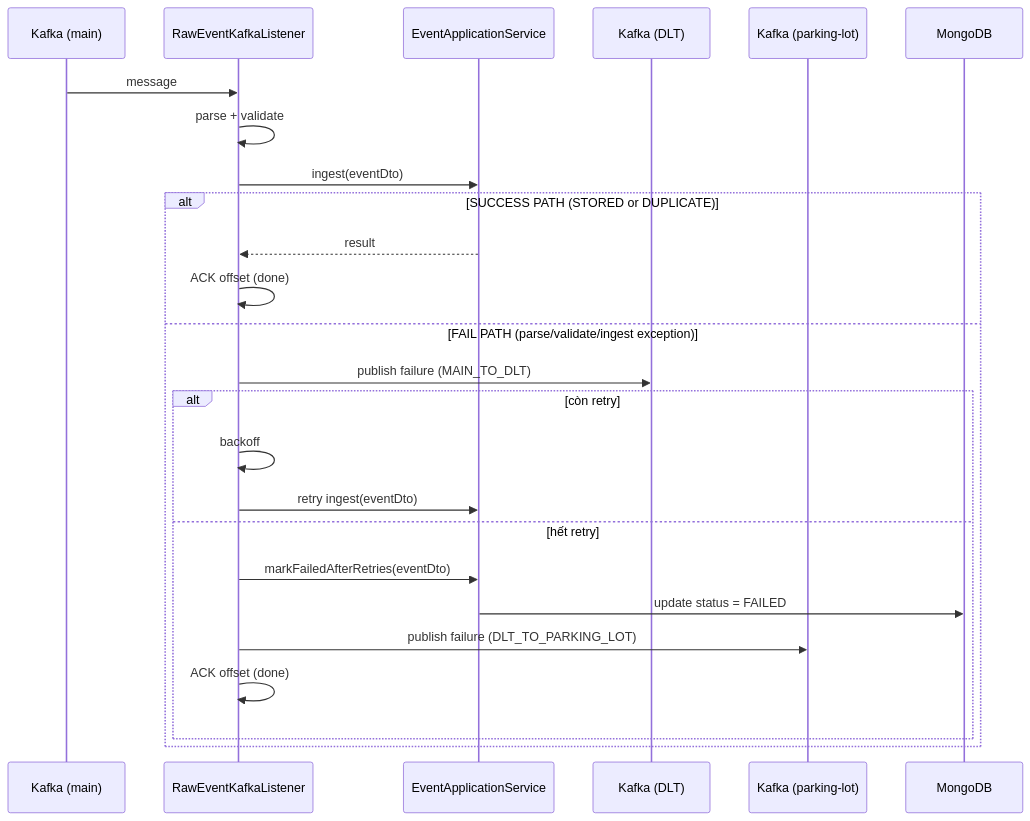
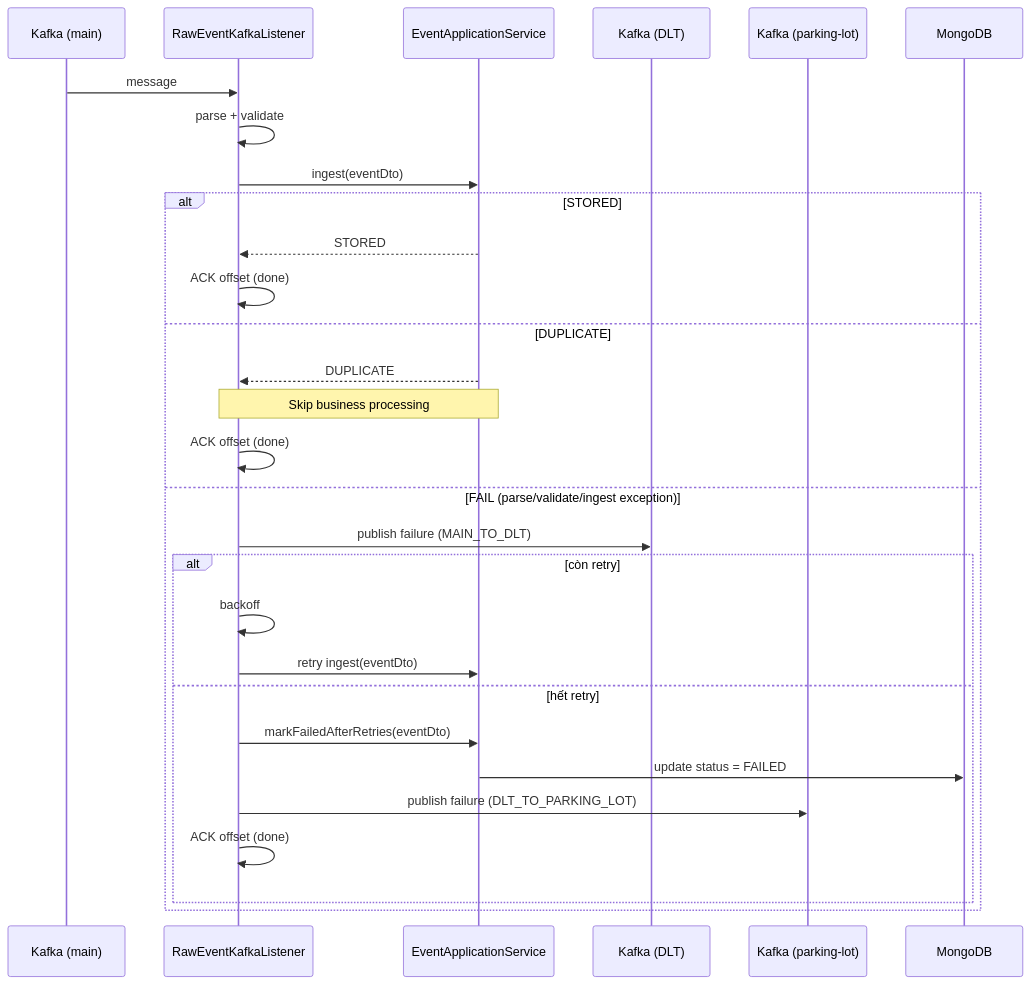
The third of 3 diagrams in README.md (nguyentrongvy151995/data-hub), drawn with Mermaid before and after one commit. The commit also changed other lines of this file, not shown here.

````diff
--- a/README.md
+++ b/README.md
@@ -87,30 +87,34 @@
 ```mermaid
 sequenceDiagram
     participant K as Kafka (main)
     participant L as RawEventKafkaListener
     participant S as EventApplicationService
     participant D as Kafka (DLT)
     participant P as Kafka (parking-lot)
     participant DB as MongoDB
 
     K->>L: message
     L->>L: parse + validate
     L->>S: ingest(eventDto)
 
-    alt SUCCESS PATH (STORED or DUPLICATE)
-        S-->>L: result
+    alt STORED
+        S-->>L: STORED
         L->>L: ACK offset (done)
-    else FAIL PATH (parse/validate/ingest exception)
+    else DUPLICATE
+        S-->>L: DUPLICATE
+        Note over L,S: Skip business processing
+        L->>L: ACK offset (done)
+    else FAIL (parse/validate/ingest exception)
         L->>D: publish failure (MAIN_TO_DLT)
         alt còn retry
             L->>L: backoff
             L->>S: retry ingest(eventDto)
         else hết retry
             L->>S: markFailedAfterRetries(eventDto)
             S->>DB: update status = FAILED
             L->>P: publish failure (DLT_TO_PARKING_LOT)
             L->>L: ACK offset (done)
         end
     end
 
 ```
````
